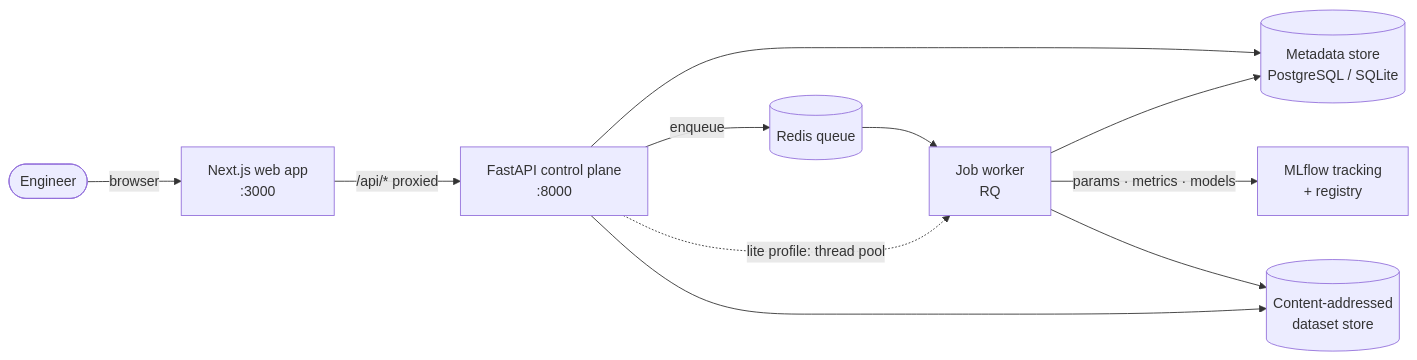
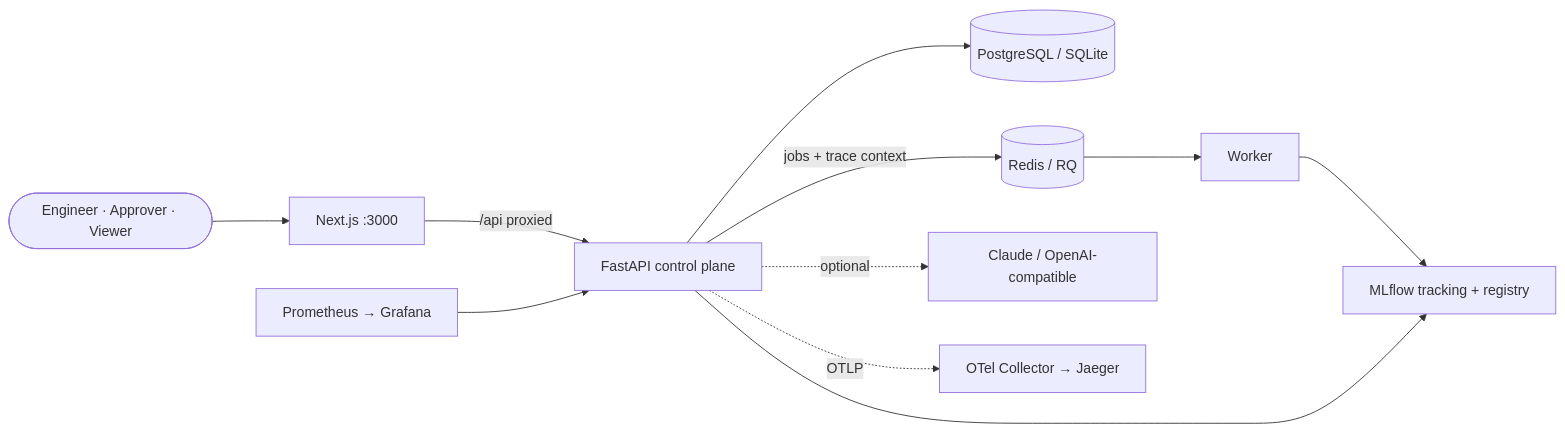
Before and after one commit to Singhsh01/EvalForge: the diagram in README.md, drawn with Mermaid. The commit also changed other lines of this file and 84 other files, not shown here.

Commit message:
Milestone 8: fifteen frontend modules with sign-in wired to the API, browser e2e smoke test, observability compose profile, enterprise demo with three measured case studies, guides, ADRs 0006–0010, feature matrix; widen pipeline status column (found on PostgreSQL)

````diff
--- a/README.md
+++ b/README.md
@@ -174,13 +93,12 @@
 ```mermaid
 flowchart LR
-  user([Engineer]) -->|browser| web[Next.js web app<br/>:3000]
-  web -->|/api/* proxied| api[FastAPI control plane<br/>:8000]
-  api --> meta[(Metadata store<br/>PostgreSQL / SQLite)]
-  api -->|enqueue| q[(Redis queue)]
-  q --> worker[Job worker<br/>RQ]
-  api -. lite profile: thread pool .-> worker
-  worker --> meta
-  worker -->|params · metrics · models| mlflow[MLflow tracking<br/>+ registry]
-  worker --> files[(Content-addressed<br/>dataset store)]
-  api --> files
+  user([Engineer · Approver · Viewer]) --> web[Next.js :3000]
+  web -->|/api proxied| api[FastAPI control plane]
+  api --> db[(PostgreSQL / SQLite)]
+  api -->|jobs + trace context| q[(Redis / RQ)] --> worker[Worker]
+  worker --> mlflow[MLflow tracking + registry]
+  api --> mlflow
+  api -.optional.-> llm[Claude / OpenAI-compatible]
+  api -.OTLP.-> otel[OTel Collector → Jaeger]
+  prom[Prometheus → Grafana] --> api
 ```
````
